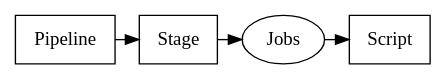
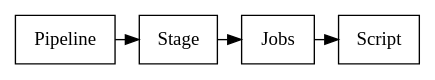
Before and after one commit to valegui/intro-cicd: the second of 3 diagrams in docs/source/cicd.rst, drawn with Graphviz.

Commit message:
docs: fix jobs node shape

```diff
--- a/docs/source/cicd.rst
+++ b/docs/source/cicd.rst
@@ -222,13 +222,13 @@
 .. graphviz::
 
     digraph conceptosgitlab {
 
        "Pipeline" [shape=box]
        "Stage" [shape=box]
-       "Jobs" [shape=ellipse]
+       "Jobs" [shape=box]
        "Script" [shape=box]
 
        { rank=same "Pipeline" "Stage" "Jobs" "Script"}
 
        "Pipeline" -> "Stage" -> "Jobs" -> "Script";
    }
```
